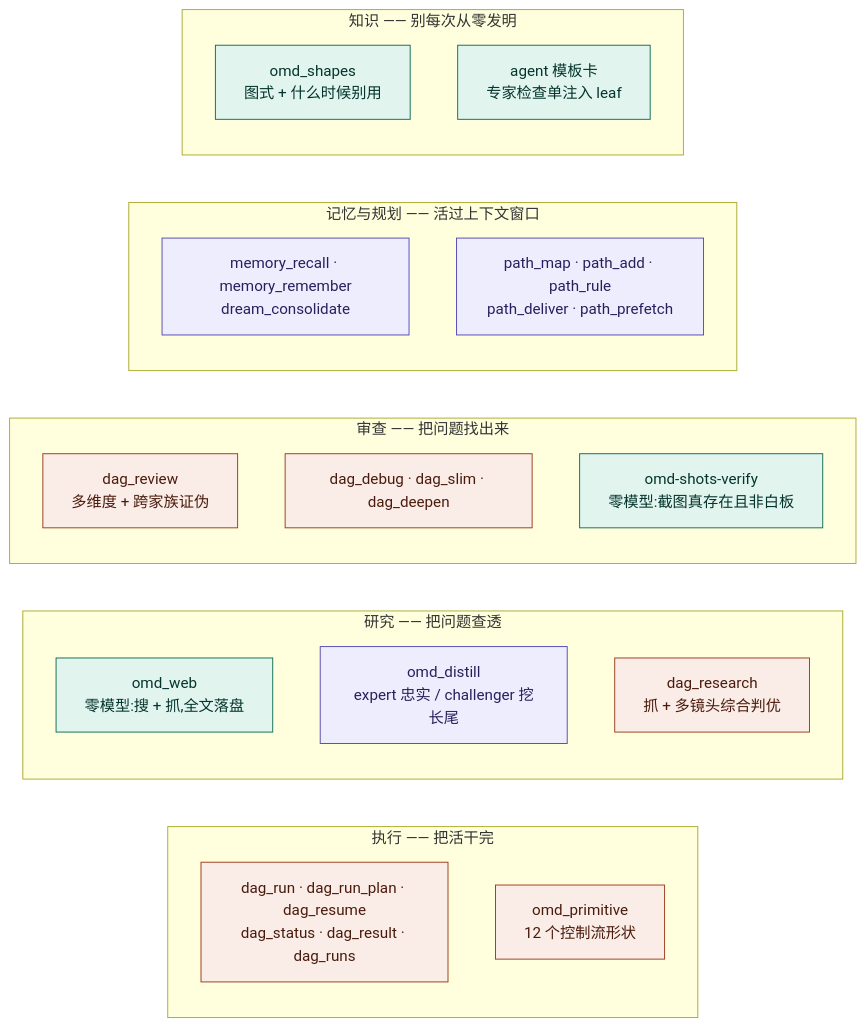
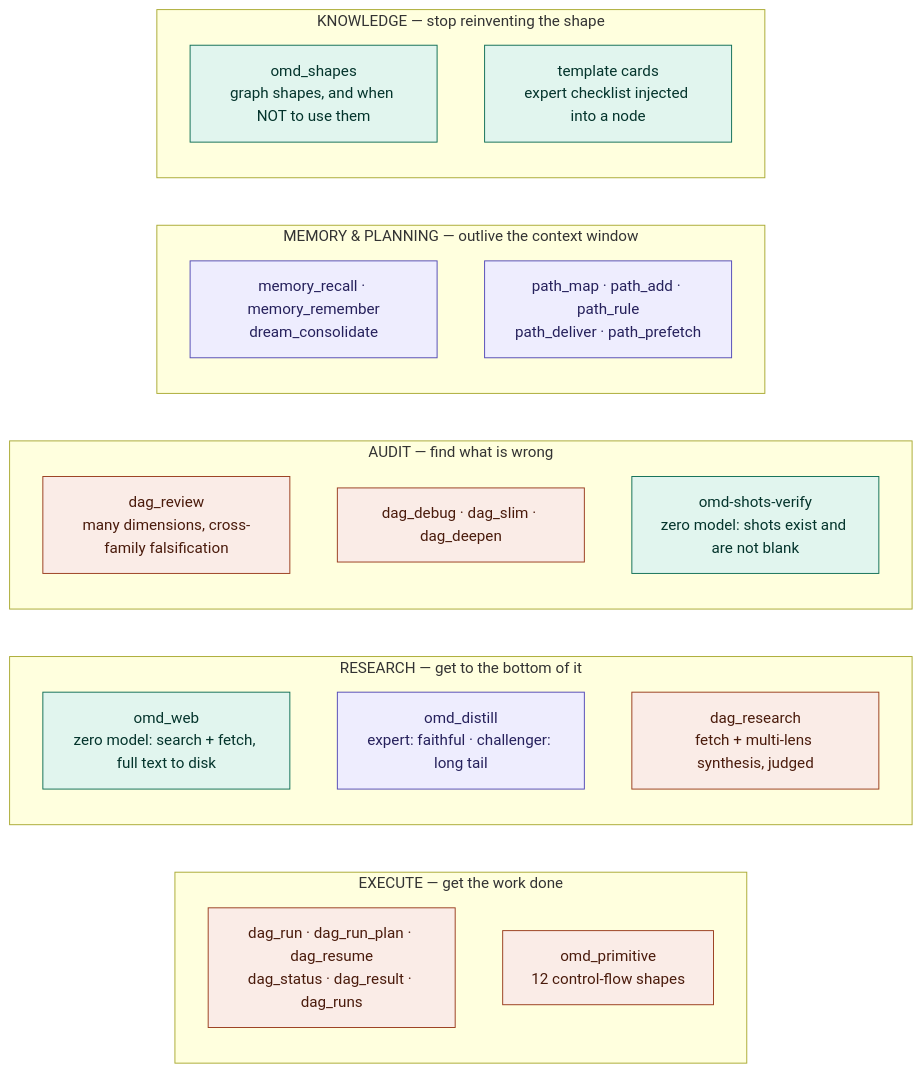
Before and after one commit to AbyssCN/oh-my-dag: the second of 4 diagrams in README.md, drawn with Mermaid. The commit also changed 2 other files, not shown here.

Commit message:
fix(docs): 能力图标签中文 → 英文, 消除中英混杂
四张图里只有 03-capability-map 是中文标签, 其余三张是英文 —— 于是它嵌进英文 README 的
"What you can call" 一节后中英混杂 (owner 截图指出)。是我写它时忘了自己定的规矩。

规矩重申并写进该图文件: **图内标签统一英文** —— 同一段 Mermaid 同时嵌进中英两份 README,
单一真理源不做两份。图外的说明文字各随其 README 的语言。

改动: 03 的节点与分组标签全部改英文, 两份 README 里那张图同步替换。
经 mermaid-cli 实渲染验证; 两份 README 各 4 张图全部通过, 图内中文行数归零。

````diff
--- a/README.md
+++ b/README.md
@@ -108,36 +108,36 @@
 ```mermaid
 flowchart LR
-  subgraph EXEC["执行 —— 把活干完"]
+  subgraph EXEC["EXECUTE — get the work done"]
     E1["dag_run · dag_run_plan · dag_resume<br/>dag_status · dag_result · dag_runs"]
-    E2["omd_primitive<br/>12 个控制流形状"]
+    E2["omd_primitive<br/>12 control-flow shapes"]
   end
 
-  subgraph RESEARCH["研究 —— 把问题查透"]
-    R1["omd_web<br/>零模型:搜 + 抓,全文落盘"]
-    R2["omd_distill<br/>expert 忠实 / challenger 挖长尾"]
-    R3["dag_research<br/>抓 + 多镜头综合判优"]
+  subgraph RESEARCH["RESEARCH — get to the bottom of it"]
+    R1["omd_web<br/>zero model: search + fetch, full text to disk"]
+    R2["omd_distill<br/>expert: faithful · challenger: long tail"]
+    R3["dag_research<br/>fetch + multi-lens synthesis, judged"]
   end
 
-  subgraph AUDIT["审查 —— 把问题找出来"]
-    A1["dag_review<br/>多维度 + 跨家族证伪"]
+  subgraph AUDIT["AUDIT — find what is wrong"]
+    A1["dag_review<br/>many dimensions, cross-family falsification"]
     A2["dag_debug · dag_slim · dag_deepen"]
-    A3["omd-shots-verify<br/>零模型:截图真存在且非白板"]
+    A3["omd-shots-verify<br/>zero model: shots exist and are not blank"]
   end
 
-  subgraph MEMORY["记忆与规划 —— 活过上下文窗口"]
+  subgraph MEMORY["MEMORY &amp; PLANNING — outlive the context window"]
     M1["memory_recall · memory_remember<br/>dream_consolidate"]
     M2["path_map · path_add · path_rule<br/>path_deliver · path_prefetch"]
   end
 
-  subgraph KNOW["知识 —— 别每次从零发明"]
-    K1["omd_shapes<br/>图式 + 什么时候别用"]
-    K2["agent 模板卡<br/>专家检查单注入 leaf"]
+  subgraph KNOW["KNOWLEDGE — stop reinventing the shape"]
+    K1["omd_shapes<br/>graph shapes, and when NOT to use them"]
+    K2["template cards<br/>expert checklist injected into a node"]
   end
 
   classDef llm fill:#EEEDFE,stroke:#534AB7,color:#26215C
   classDef zero fill:#E1F5EE,stroke:#0F6E56,color:#04342C
   classDef mixed fill:#FAECE7,stroke:#993C1D,color:#4A1B0C
   class E1,E2,R3,A1,A2 mixed
   class R1,A3,K1,K2 zero
   class R2,M1,M2 llm
 ```
````
